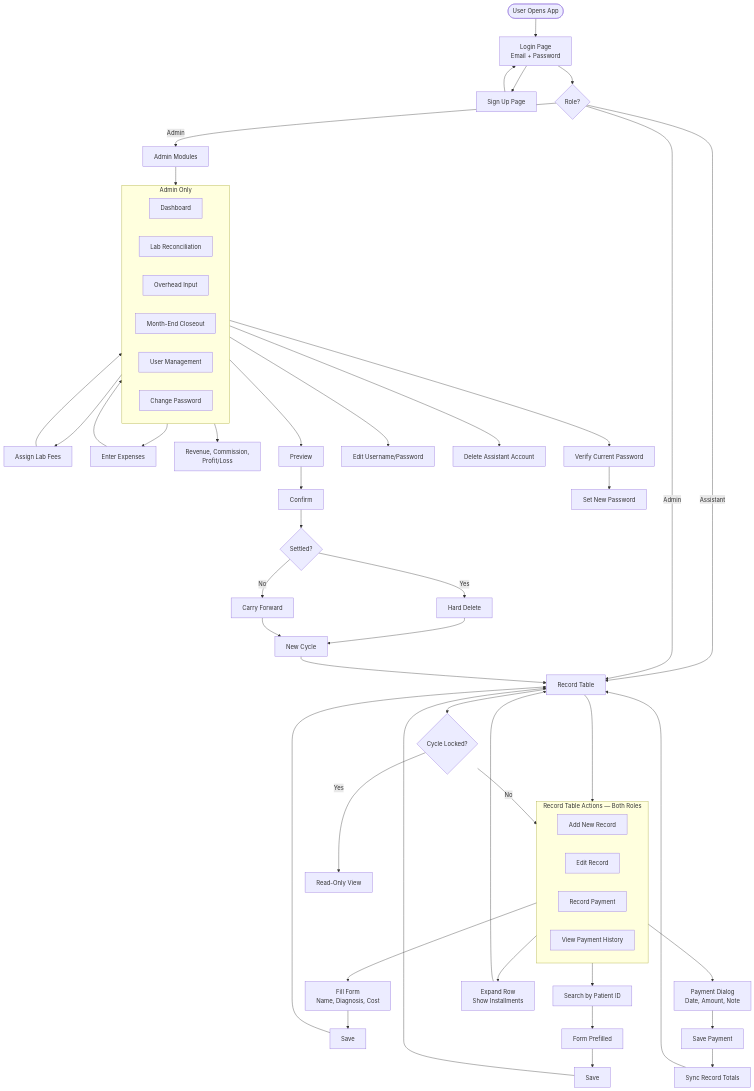
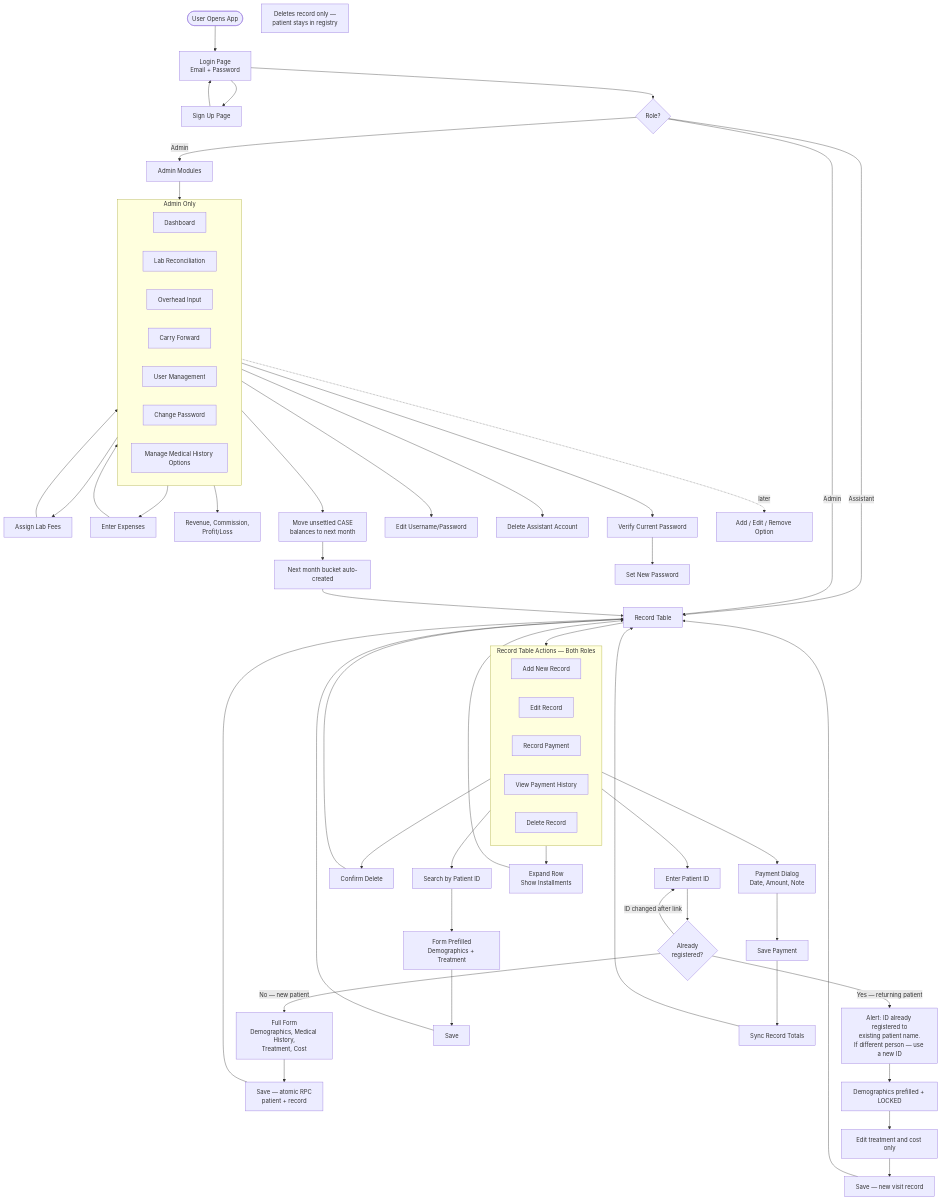
Before and after one commit to kaungmyatshwe1397/df-dashboard: the diagram in docs/dc-fms-user-flow.mermaid, drawn with Mermaid. The commit also changed 42 other files, not shown here.

First line of the commit message:
feat: patient registry form, carry-forward, gender default Male

```diff
--- a/docs/dc-fms-user-flow.mermaid
+++ b/docs/dc-fms-user-flow.mermaid
@@ -1,72 +1,80 @@
 flowchart TD
     Start([User Opens App]) --> Login[Login Page\nEmail + Password]
     Login --> Signup[Sign Up Page]
     Signup --> Login
 
     Login --> Role{Role?}
 
     %% ==============================
     %% SHARED: RECORD TABLE
     %% ==============================
     Role -->|Assistant| Table[Record Table]
     Role -->|Admin| Table
 
     subgraph RecordActions [Record Table Actions — Both Roles]
         direction LR
         Add[Add New Record]
         Edit[Edit Record]
         Pay[Record Payment]
         History[View Payment History]
+        DeleteRec[Delete Record]
     end
 
     Table --> RecordActions
 
-    Add --> Form[Fill Form\nName, Diagnosis, Cost]
-    Form --> Save1[Save] --> Table
+    Add --> IdInput[Enter Patient ID]
+    IdInput --> IdCheck{Already\nregistered?}
+
+    IdCheck -->|No — new patient| NewForm[Full Form\nDemographics, Medical History,\nTreatment, Cost]
+    NewForm --> Save1[Save — atomic RPC\npatient + record] --> Table
+
+    IdCheck -->|Yes — returning patient| LockedAlert["Alert: ID already registered to\nexisting patient name.\nIf different person — use a new ID"]
+    LockedAlert --> Prefill[Demographics prefilled + LOCKED]
+    Prefill --> TxForm[Edit treatment and cost only]
+    TxForm --> Save2[Save — new visit record] --> Table
+
+    IdCheck -->|ID changed after link| IdInput
 
     Edit --> Lookup[Search by Patient ID]
-    Lookup --> Prefill[Form Prefilled] --> Save2[Save] --> Table
+    Lookup --> Prefill2[Form Prefilled\nDemographics + Treatment] --> Save3[Save] --> Table
+
+    DeleteRec --> Confirm[Confirm Delete] --> Table
+    NoteDelete["Deletes record only —\npatient stays in registry"]
 
     Pay --> Dialog[Payment Dialog\nDate, Amount, Note]
-    Dialog --> Save3[Save Payment]
-    Save3 --> Sync[Sync Record Totals]
+    Dialog --> Save4[Save Payment]
+    Save4 --> Sync[Sync Record Totals]
     Sync --> Table
 
     History --> Expand[Expand Row\nShow Installments] --> Table
-
-    Table --> Lock{Cycle Locked?}
-    Lock -->|No| RecordActions
-    Lock -->|Yes| ReadOnly[Read-Only View]
 
     %% ==============================
     %% ADMIN ONLY: EXTRA MODULES
     %% ==============================
     Role -->|Admin| AdminModules[Admin Modules]
 
     subgraph AdminOnly [Admin Only]
         direction LR
         Dashboard[Dashboard]
         LabRecon[Lab Reconciliation]
         Overhead[Overhead Input]
-        Closeout[Month-End Closeout]
+        CarryFwd[Carry Forward]
         UserMgmt[User Management]
         ChangePw[Change Password]
+        MedHistOpts[Manage Medical History Options]
     end
 
     AdminModules --> AdminOnly
 
     LabRecon --> Fees[Assign Lab Fees] --> Dashboard
     Overhead --> Expenses[Enter Expenses] --> Dashboard
     Dashboard --> KPIs[Revenue, Commission,\nProfit/Loss]
 
-    Closeout --> Step1[Preview] --> Step2[Confirm]
-    Step2 --> Partition{Settled?}
-    Partition -->|Yes| Delete[Hard Delete]
-    Partition -->|No| Carry[Carry Forward]
-    Delete --> NewCycle[New Cycle]
-    Carry --> NewCycle
-    NewCycle --> Table
+    CarryFwd --> CF[Move unsettled CASE\nbalances to next month]
+    CF --> NewBucket[Next month bucket auto-created]
+    NewBucket --> Table
 
     UserMgmt --> EditUser[Edit Username/Password]
     UserMgmt --> DeleteAssistant[Delete Assistant Account]
     ChangePw --> VerifyCurrent[Verify Current Password] --> SetNew[Set New Password]
+    MedHistOpts -.->|later| AddOpt[Add / Edit / Remove Option]
```
